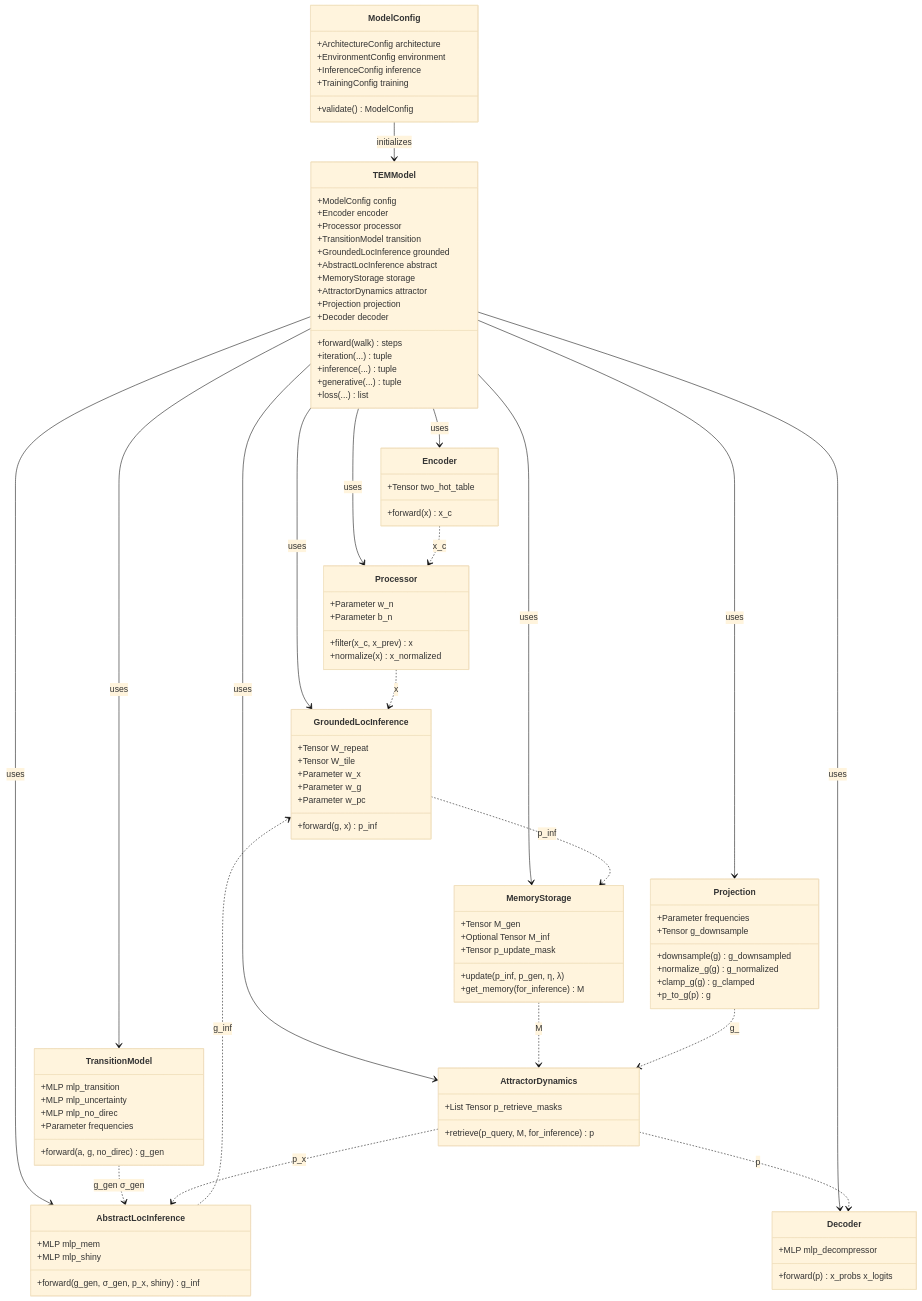
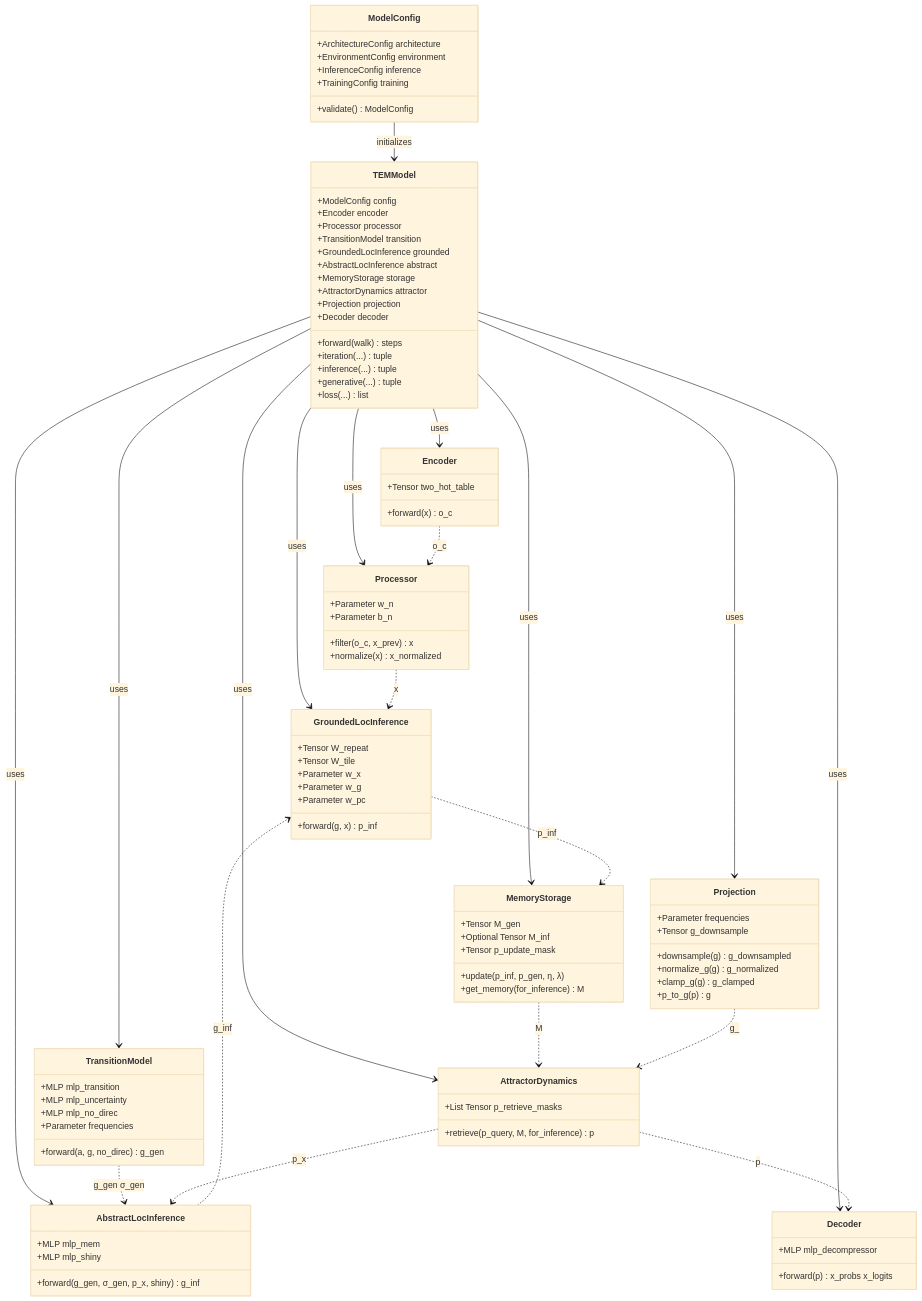
The diagram in docs/component_relationships.mmd (BorjaEst/tem), drawn with Mermaid (base theme) before and after one commit. The commit also changed 18 other files, not shown here.

```diff
--- a/docs/component_relationships.mmd
+++ b/docs/component_relationships.mmd
@@ -1,110 +1,110 @@
 %% Component Relationships and Dependencies
 classDiagram
     class ModelConfig {
         +ArchitectureConfig architecture
         +EnvironmentConfig environment
         +InferenceConfig inference
         +TrainingConfig training
         +validate() ModelConfig
     }
     
     class TEMModel {
         +ModelConfig config
         +Encoder encoder
         +Processor processor
         +TransitionModel transition
         +GroundedLocInference grounded
         +AbstractLocInference abstract
         +MemoryStorage storage
         +AttractorDynamics attractor
         +Projection projection
         +Decoder decoder
         +forward(walk) steps
         +iteration(...) tuple
         +inference(...) tuple
         +generative(...) tuple
         +loss(...) list
     }
     
     class Encoder {
         +Tensor two_hot_table
-        +forward(x) x_c
+        +forward(x) o_c
     }
     
     class Processor {
         +Parameter w_n
         +Parameter b_n
-        +filter(x_c, x_prev) x
+        +filter(o_c, x_prev) x
         +normalize(x) x_normalized
     }
     
     class TransitionModel {
         +MLP mlp_transition
         +MLP mlp_uncertainty
         +MLP mlp_no_direc
         +Parameter frequencies
         +forward(a, g, no_direc) g_gen
     }
     
     class GroundedLocInference {
         +Tensor W_repeat
         +Tensor W_tile
         +Parameter w_x
         +Parameter w_g
         +Parameter w_pc
         +forward(g, x) p_inf
     }
     
     class AbstractLocInference {
         +MLP mlp_mem
         +MLP mlp_shiny
         +forward(g_gen, σ_gen, p_x, shiny) g_inf
     }
     
     class MemoryStorage {
         +Tensor M_gen
         +Optional Tensor M_inf
         +Tensor p_update_mask
         +update(p_inf, p_gen, η, λ)
         +get_memory(for_inference) M
     }
     
     class AttractorDynamics {
         +List Tensor p_retrieve_masks
         +retrieve(p_query, M, for_inference) p
     }
     
     class Projection {
         +Parameter frequencies
         +Tensor g_downsample
         +downsample(g) g_downsampled
         +normalize_g(g) g_normalized
         +clamp_g(g) g_clamped
         +p_to_g(p) g
     }
     
     class Decoder {
         +MLP mlp_decompressor
         +forward(p) x_probs x_logits
     }
     
     ModelConfig --> TEMModel : initializes
     TEMModel --> Encoder : uses
     TEMModel --> Processor : uses
     TEMModel --> TransitionModel : uses
     TEMModel --> GroundedLocInference : uses
     TEMModel --> AbstractLocInference : uses
     TEMModel --> MemoryStorage : uses
     TEMModel --> AttractorDynamics : uses
     TEMModel --> Projection : uses
     TEMModel --> Decoder : uses
     
-    Encoder ..> Processor : x_c
+    Encoder ..> Processor : o_c
     Processor ..> GroundedLocInference : x
     TransitionModel ..> AbstractLocInference : g_gen σ_gen
     AttractorDynamics ..> AbstractLocInference : p_x
     AbstractLocInference ..> GroundedLocInference : g_inf
     GroundedLocInference ..> MemoryStorage : p_inf
     AttractorDynamics ..> Decoder : p
     MemoryStorage ..> AttractorDynamics : M
     Projection ..> AttractorDynamics : g_
```
